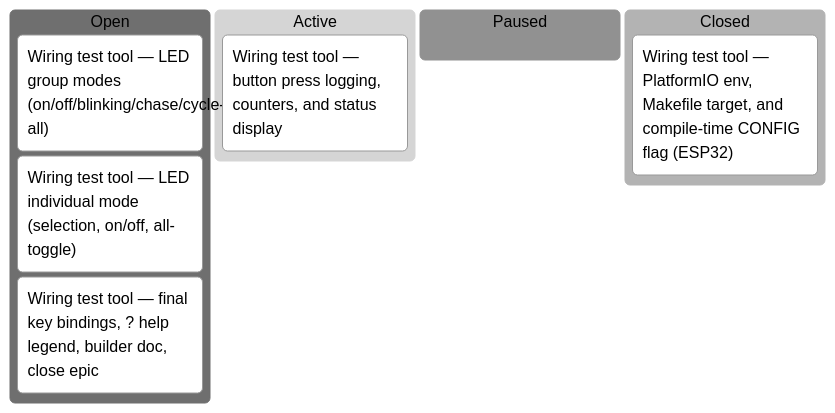
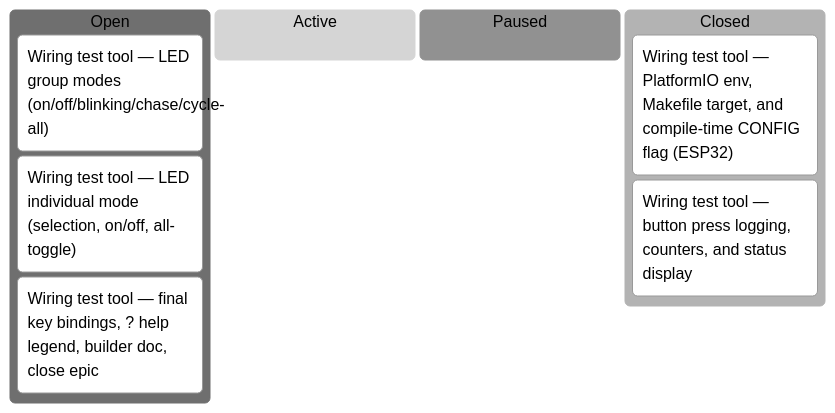
The seventh of 8 diagrams in docs/developers/tasks/KANBAN.md (tgd1975/AwesomeGuitarPedal), drawn with Mermaid (neutral theme) before and after one commit. The commit also changed other lines of this file and 3 other files, not shown here.

First line of the commit message:
close TASK-384: Wiring test tool — button press logging, counters, and status display

````diff
--- a/docs/developers/tasks/KANBAN.md
+++ b/docs/developers/tasks/KANBAN.md
@@ -102,12 +102,12 @@
 ```mermaid
 kanban
   Open
     TASK_385["Wiring test tool — LED group modes (on/off/blinking/chase/cycle-all)"]
     TASK_386["Wiring test tool — LED individual mode (selection, on/off, all-toggle)"]
     TASK_387["Wiring test tool — final key bindings, ? help legend, builder doc, close epic"]
   Active
-    TASK_384["Wiring test tool — button press logging, counters, and status display"]
   Paused
   Closed
     TASK_383["Wiring test tool — PlatformIO env, Makefile target, and compile-time CONFIG flag (ESP32)"]
+    TASK_384["Wiring test tool — button press logging, counters, and status display"]
 ```
````
